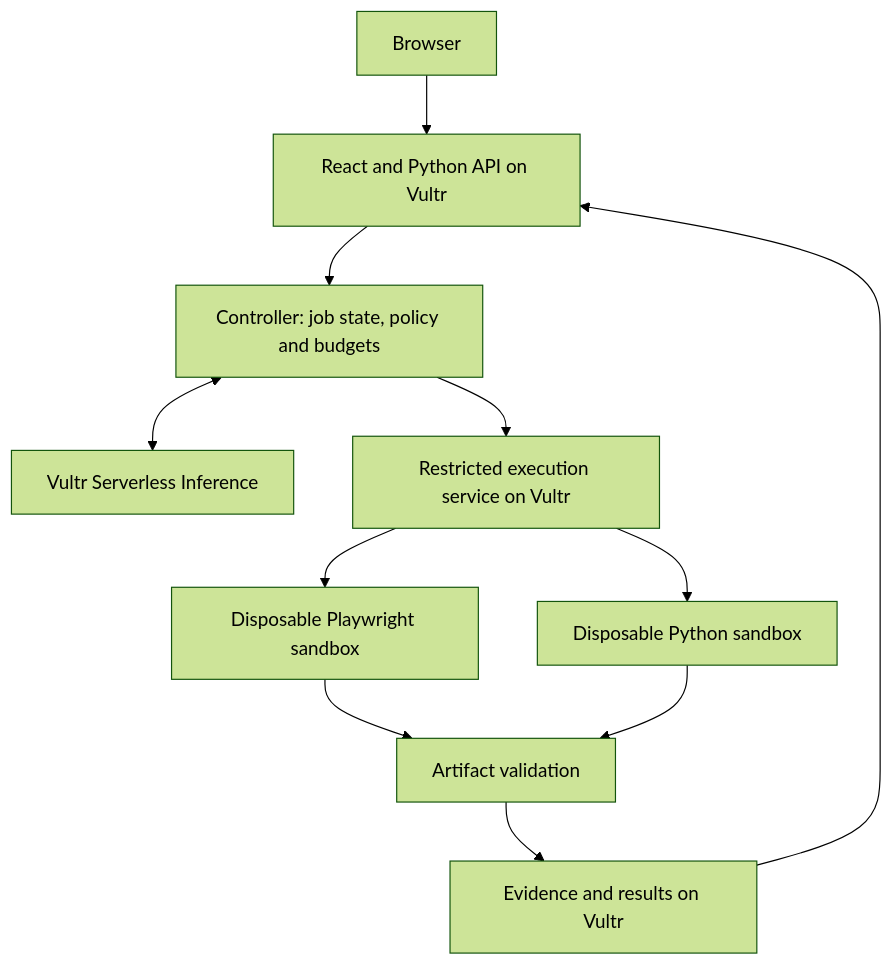
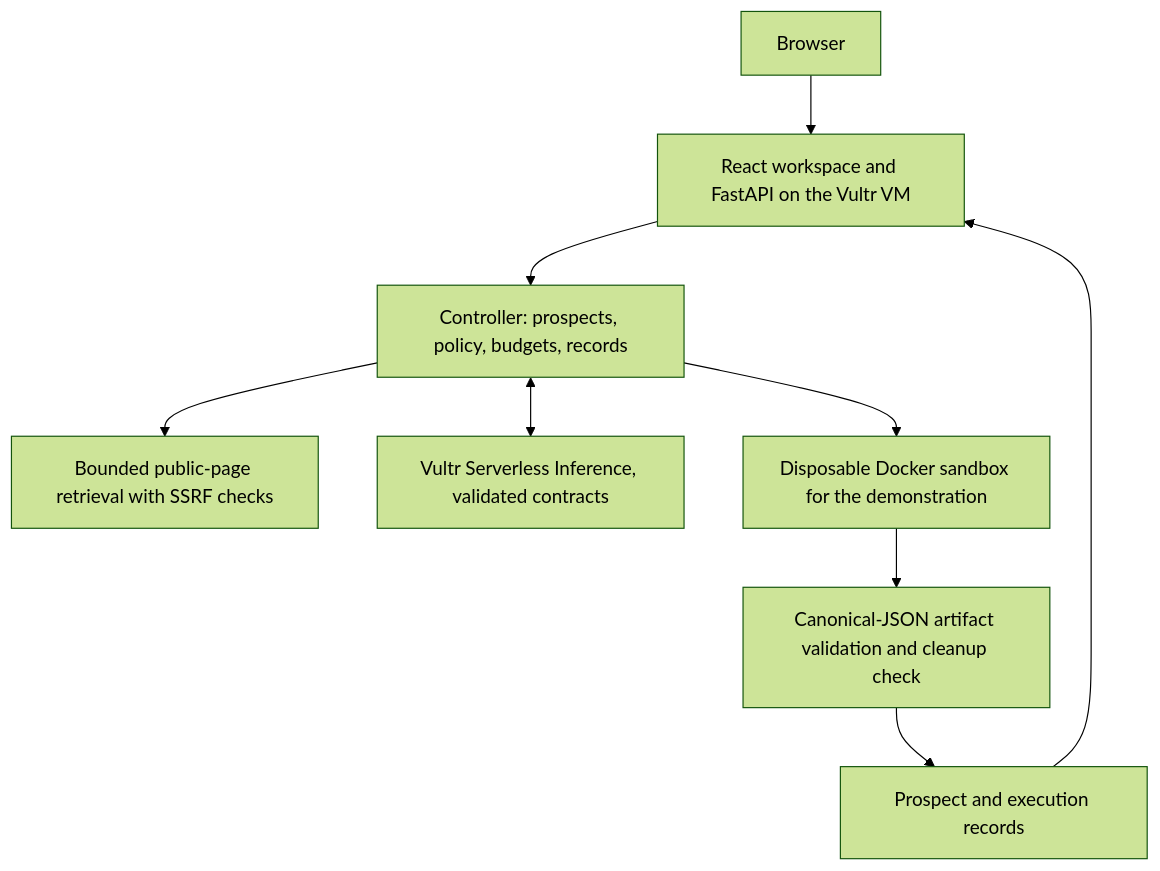
The diagram in README.md (Jsjk112344/proofdesk), drawn with Mermaid (forest theme) before and after one commit. The commit also changed other lines of this file and 60 other files, not shown here.

````diff
--- a/README.md
+++ b/README.md
@@ -204,13 +211,11 @@
 ```mermaid
 flowchart TB
-  User[Browser] --> App[React and Python API on Vultr]
-  App --> Controller[Controller: job state, policy and budgets]
-  Controller <--> Inference[Vultr Serverless Inference]
-  Controller --> Runner[Restricted execution service on Vultr]
-  Runner --> Browser[Disposable Playwright sandbox]
-  Runner --> Code[Disposable Python sandbox]
-  Browser --> Validation[Artifact validation]
-  Code --> Validation
-  Validation --> Store[Evidence and results on Vultr]
+  User[Browser] --> App[React workspace and FastAPI on the Vultr VM]
+  App --> Controller[Controller: prospects, policy, budgets, records]
+  Controller --> Retrieval[Bounded public-page retrieval with SSRF checks]
+  Controller <--> Inference[Vultr Serverless Inference, validated contracts]
+  Controller --> Sandbox[Disposable Docker sandbox for the demonstration]
+  Sandbox --> Validation[Canonical-JSON artifact validation and cleanup check]
+  Validation --> Store[Prospect and execution records]
   Store --> App
 ```
````
